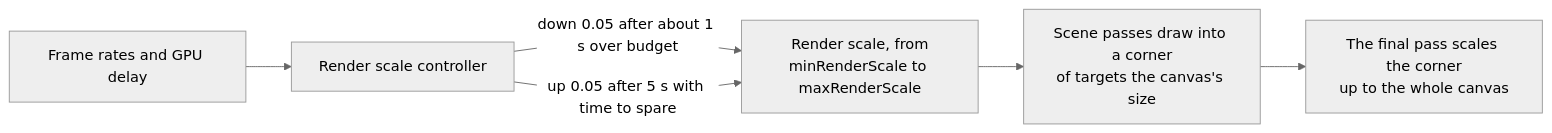
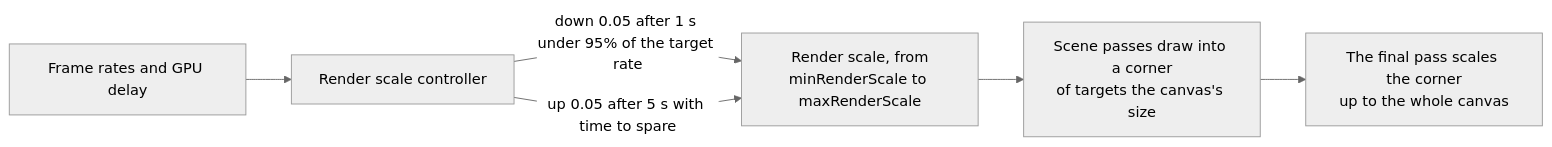
One commit to null3d-engine/null3d changed the second of 3 diagrams in docs/concepts/quality-presets.md. Above: the diagram before and after it, drawn with Mermaid (neutral theme). The commit also changed other lines of this file and 10 other files, not shown here.

First line of the commit message:
fix(engine): step down below 95% of the target rate, and wait longer after a late failed step up

````diff
--- a/docs/concepts/quality-presets.md
+++ b/docs/concepts/quality-presets.md
@@ -212,8 +212,8 @@
 ```mermaid
 flowchart LR
     frames["Frame rates and GPU delay"] --> controller["Render scale controller"]
-    controller -- "down 0.05 after about 1 s over budget" --> scale["Render scale, from<br/>minRenderScale to maxRenderScale"]
+    controller -- "down 0.05 after 1 s under 95% of the target rate" --> scale["Render scale, from<br/>minRenderScale to maxRenderScale"]
     controller -- "up 0.05 after 5 s with time to spare" --> scale
     scale --> scene["Scene passes draw into a corner<br/>of targets the canvas's size"]
     scene --> final["The final pass scales the corner<br/>up to the whole canvas"]
 ```
````
